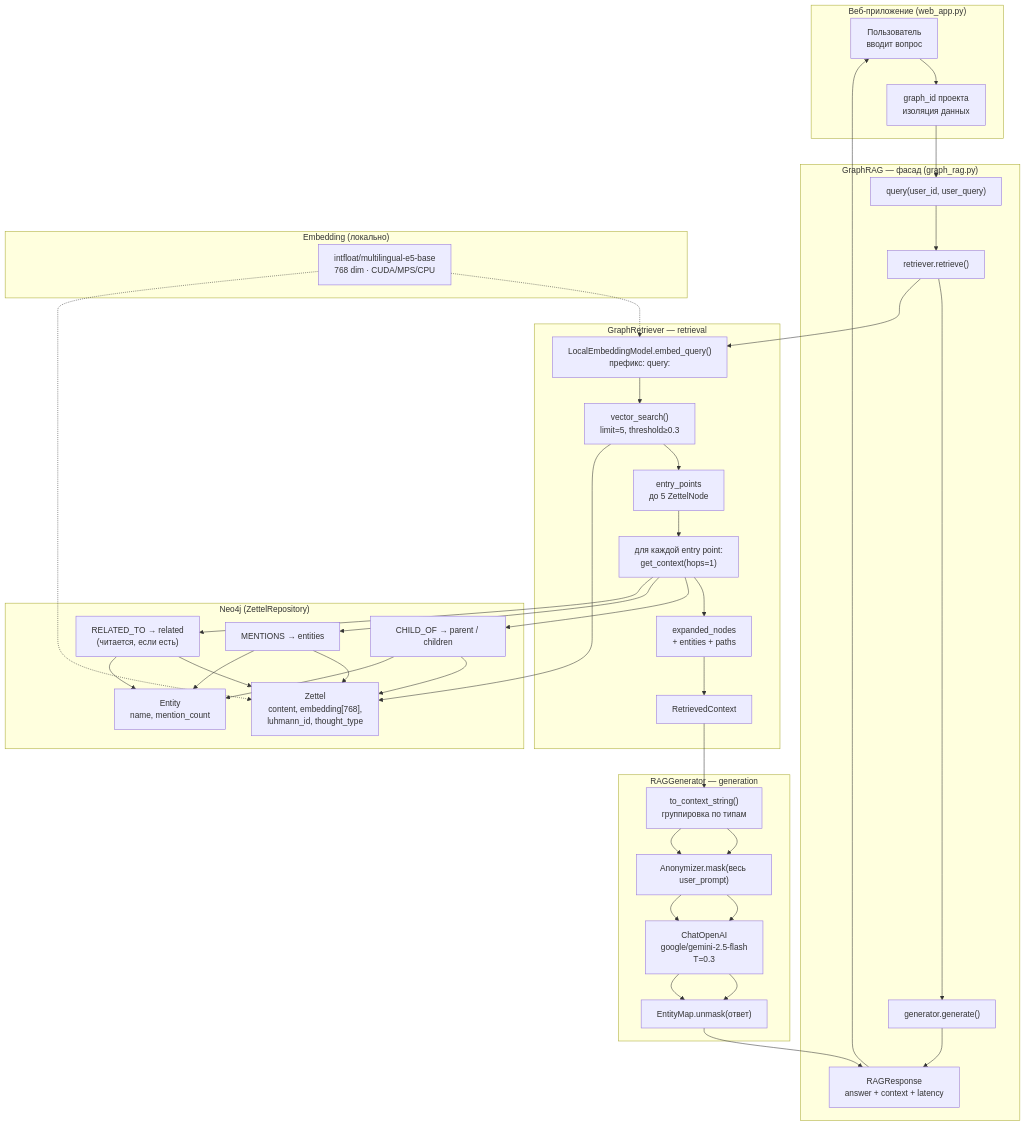
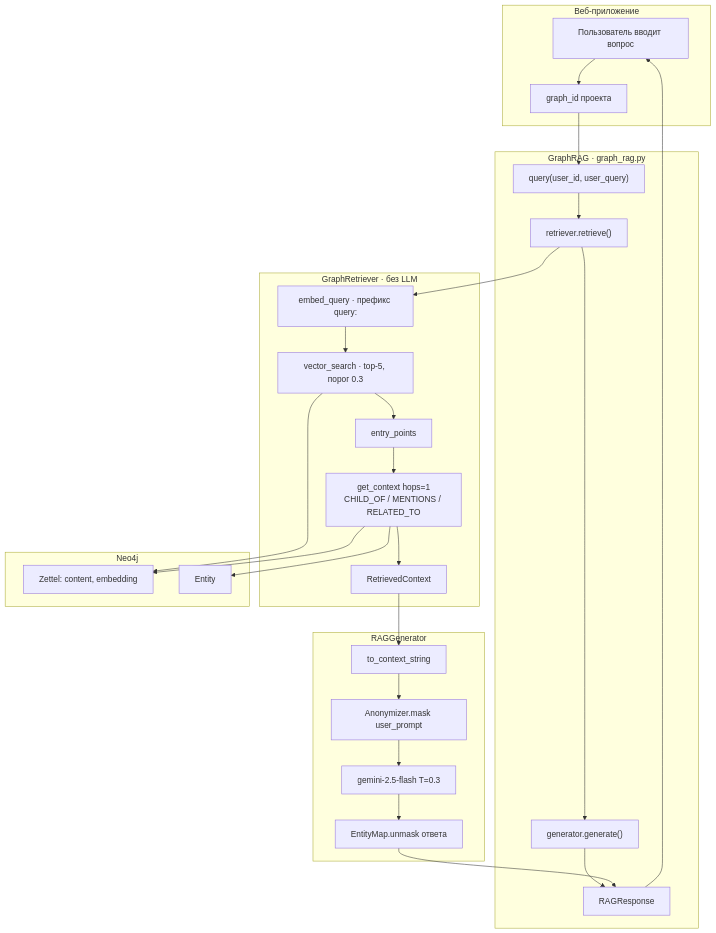
Before and after one commit to nastyakon14/Executive_Exocortex: the eighth of 17 diagrams in README_v2.md, drawn with Mermaid. The commit also changed other lines of this file and 4 other files, not shown here.

````diff
--- a/README_v2.md
+++ b/README_v2.md
@@ -844,57 +887,45 @@
 ```mermaid
 flowchart TB
-    subgraph WEB["Веб-приложение (web_app.py)"]
-        U["Пользователь\nвводит вопрос"]
-        UID["graph_id проекта\nизоляция данных"]
+    subgraph WEB["Веб-приложение"]
+        U["Пользователь вводит вопрос"]
+        UID["graph_id проекта"]
     end
 
-    subgraph FACADE["GraphRAG — фасад (graph_rag.py)"]
+    subgraph FACADE["GraphRAG · graph_rag.py"]
         Q["query(user_id, user_query)"]
-        Q --> R1["retriever.retrieve()"]
-        R1 --> G1["generator.generate()"]
-        G1 --> OUT["RAGResponse\nanswer + context + latency"]
+        R1["retriever.retrieve()"]
+        G1["generator.generate()"]
+        OUT["RAGResponse"]
+        Q --> R1 --> G1 --> OUT
     end
 
-    subgraph RET["GraphRetriever — retrieval"]
-        EMB_Q["LocalEmbeddingModel.embed_query()\nпрефикс: query:"]
-        VS["vector_search()\nlimit=5, threshold≥0.3"]
-        EP["entry_points\nдо 5 ZettelNode"]
-        LOOP["для каждой entry point:\nget_context(hops=1)"]
-        EXP["expanded_nodes\n+ entities + paths"]
+    subgraph RET["GraphRetriever · без LLM"]
+        EMB_Q["embed_query · префикс query:"]
+        VS["vector_search · top-5, порог 0.3"]
+        EP["entry_points"]
+        LOOP["get_context hops=1\nCHILD_OF / MENTIONS / RELATED_TO"]
         RC["RetrievedContext"]
-        EMB_Q --> VS --> EP --> LOOP --> EXP --> RC
+        EMB_Q --> VS --> EP --> LOOP --> RC
     end
 
-    subgraph NEO["Neo4j (ZettelRepository)"]
-        DB_Z["Zettel\ncontent, embedding[768],\nluhmann_id, thought_type"]
-        DB_E["Entity\nname, mention_count"]
-        E1["CHILD_OF → parent / children"]
-        E2["MENTIONS → entities"]
-        E3["RELATED_TO → related\n(читается, если есть)"]
+    subgraph NEO["Neo4j"]
+        DB_Z["Zettel: content, embedding"]
+        DB_E["Entity"]
     end
 
-    subgraph GEN["RAGGenerator — generation"]
-        MASK["Anonymizer.mask(весь user_prompt)"]
-        FMT["to_context_string()\nгруппировка по типам"]
-        LLM["ChatOpenAI\ngoogle/gemini-2.5-flash\nT=0.3"]
-        DEMASK["EntityMap.unmask(ответ)"]
+    subgraph GEN["RAGGenerator"]
+        FMT["to_context_string"]
+        MASK["Anonymizer.mask user_prompt"]
+        LLM["gemini-2.5-flash T=0.3"]
+        DEMASK["EntityMap.unmask ответа"]
         FMT --> MASK --> LLM --> DEMASK
-    end
-
-    subgraph EMB["Embedding (локально)"]
-        M["intfloat/multilingual-e5-base\n768 dim · CUDA/MPS/CPU"]
     end
 
     U --> UID --> Q
     R1 --> EMB_Q
     VS --> DB_Z
-    LOOP --> E1 & E2 & E3
-    E1 & E2 & E3 --> DB_Z & DB_E
+    LOOP --> DB_Z
+    LOOP --> DB_E
     RC --> FMT
-    FMT --> MASK
-    MASK --> LLM
-    LLM --> DEMASK
     DEMASK --> OUT --> U
-    M -.-> EMB_Q
-    M -.-> DB_Z
 ```
````
